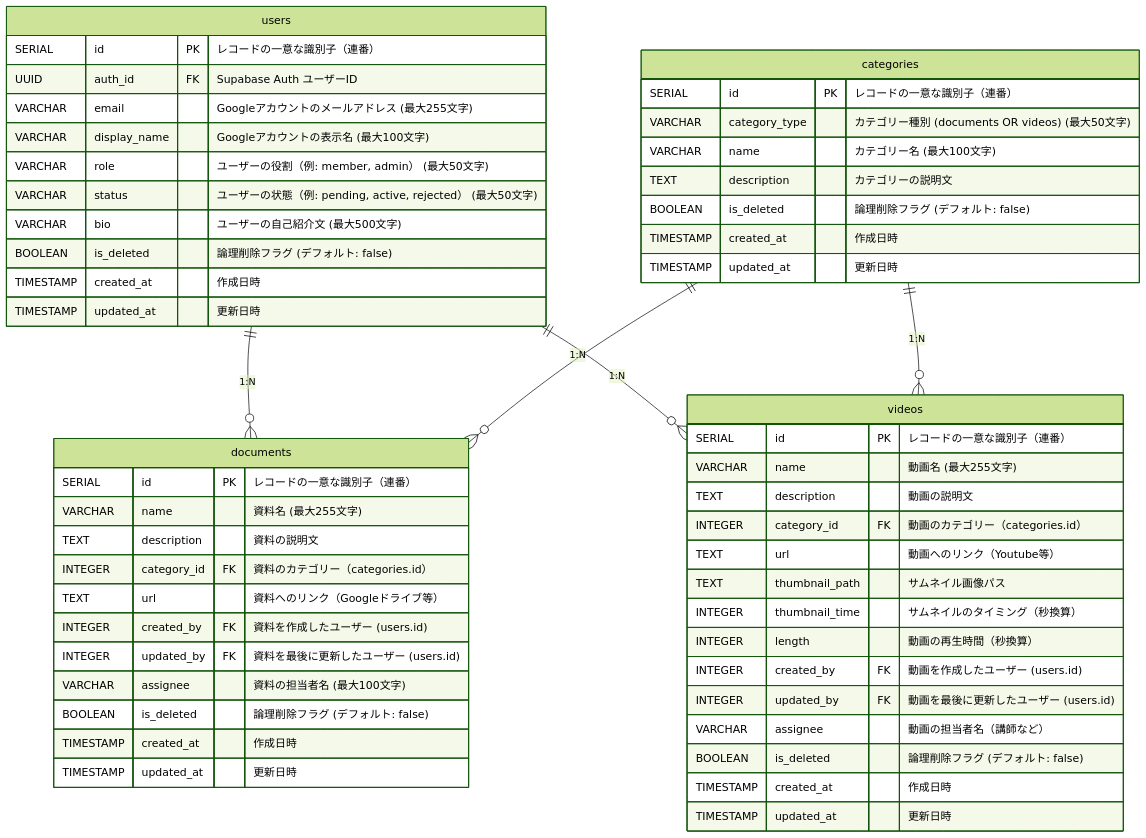
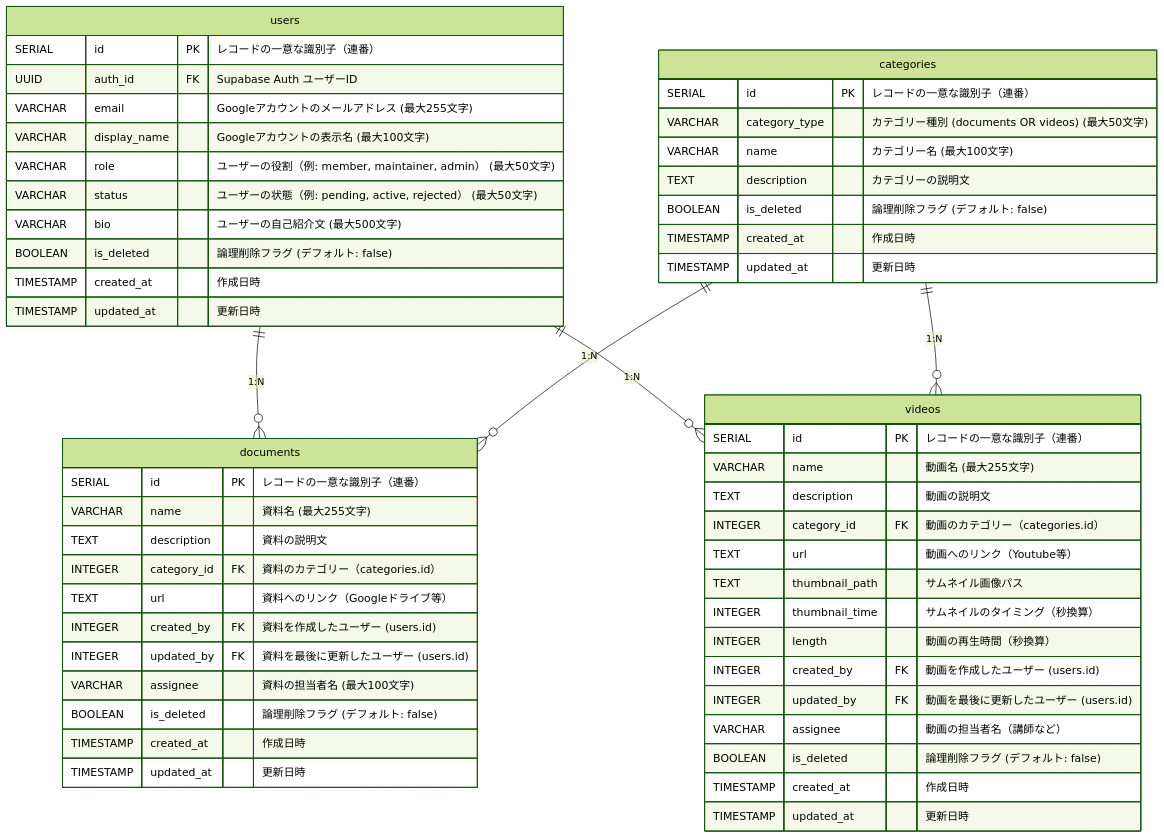
One commit to Singuralitylabs/portal-site changed the diagram in docs/database.md. Above: the diagram before and after it, drawn with Mermaid (forest theme). The commit also changed other lines of this file and 10 other files, not shown here.

````diff
--- a/docs/database.md
+++ b/docs/database.md
@@ -101,61 +101,61 @@
 ```mermaid
 erDiagram
     users {
         SERIAL id PK "レコードの一意な識別子（連番）"
         UUID auth_id FK "Supabase Auth ユーザーID"
         VARCHAR email "Googleアカウントのメールアドレス (最大255文字)"
         VARCHAR display_name "Googleアカウントの表示名 (最大100文字)"
-        VARCHAR role "ユーザーの役割（例: member, admin） (最大50文字)"
+        VARCHAR role "ユーザーの役割（例: member, maintainer, admin） (最大50文字)"
         VARCHAR status "ユーザーの状態（例: pending, active, rejected） (最大50文字)"
         VARCHAR bio "ユーザーの自己紹介文 (最大500文字)"
         BOOLEAN is_deleted "論理削除フラグ (デフォルト: false)"
         TIMESTAMP created_at "作成日時"
         TIMESTAMP updated_at "更新日時"
     }
 
     documents {
         SERIAL id PK "レコードの一意な識別子（連番）"
         VARCHAR name "資料名 (最大255文字)"
         TEXT description "資料の説明文"
         INTEGER category_id FK "資料のカテゴリー（categories.id）"
         TEXT url "資料へのリンク（Googleドライブ等）"
         INTEGER created_by FK "資料を作成したユーザー (users.id)"
         INTEGER updated_by FK "資料を最後に更新したユーザー (users.id)"
         VARCHAR assignee "資料の担当者名 (最大100文字)"
         BOOLEAN is_deleted "論理削除フラグ (デフォルト: false)"
         TIMESTAMP created_at "作成日時"
         TIMESTAMP updated_at "更新日時"
     }
 
     videos {
         SERIAL id PK "レコードの一意な識別子（連番）"
         VARCHAR name "動画名 (最大255文字)"
         TEXT description "動画の説明文"
         INTEGER category_id FK "動画のカテゴリー（categories.id）"
         TEXT url "動画へのリンク（Youtube等）"
         TEXT thumbnail_path "サムネイル画像パス"
         INTEGER thumbnail_time "サムネイルのタイミング（秒換算）"
         INTEGER length "動画の再生時間（秒換算）"
         INTEGER created_by FK "動画を作成したユーザー (users.id)"
         INTEGER updated_by FK "動画を最後に更新したユーザー (users.id)"
         VARCHAR assignee "動画の担当者名（講師など）"
         BOOLEAN is_deleted "論理削除フラグ (デフォルト: false)"
         TIMESTAMP created_at "作成日時"
         TIMESTAMP updated_at "更新日時"
     }
 
     categories {
         SERIAL id PK "レコードの一意な識別子（連番）"
         VARCHAR category_type "カテゴリー種別 (documents OR videos) (最大50文字)"
         VARCHAR name "カテゴリー名 (最大100文字)"
         TEXT description "カテゴリーの説明文"
         BOOLEAN is_deleted "論理削除フラグ (デフォルト: false)"
         TIMESTAMP created_at "作成日時"
         TIMESTAMP updated_at "更新日時"
     }
 
     users ||--o{ documents : "1:N"
     users ||--o{ videos : "1:N"
     categories ||--o{ documents : "1:N"
     categories ||--o{ videos : "1:N"
 ```
````
